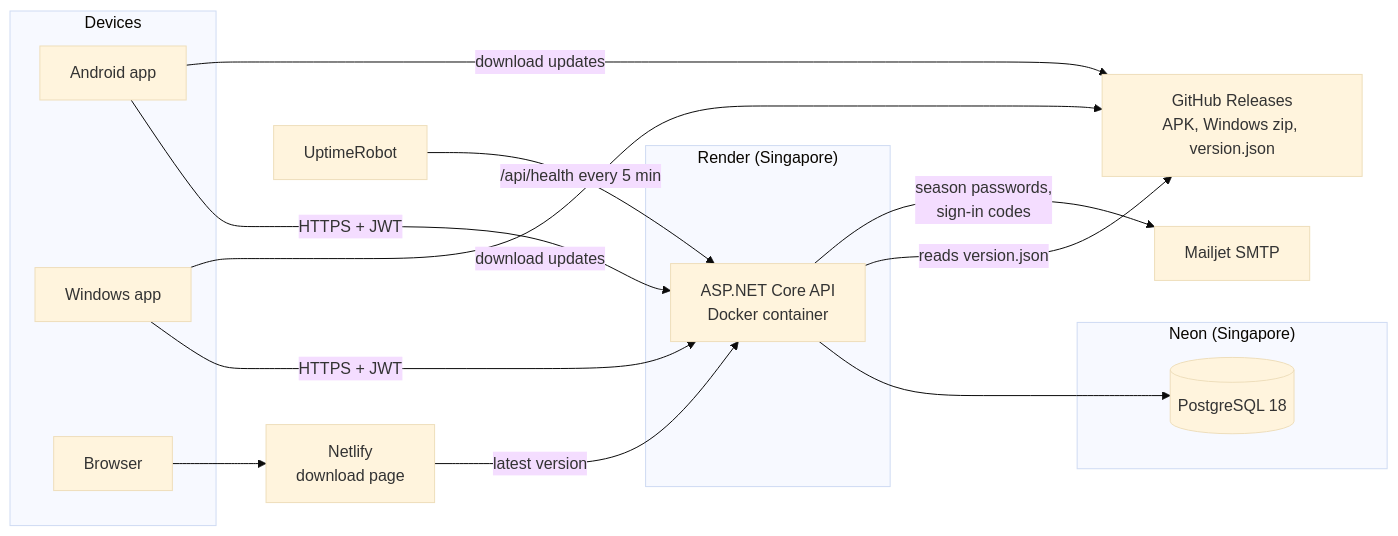
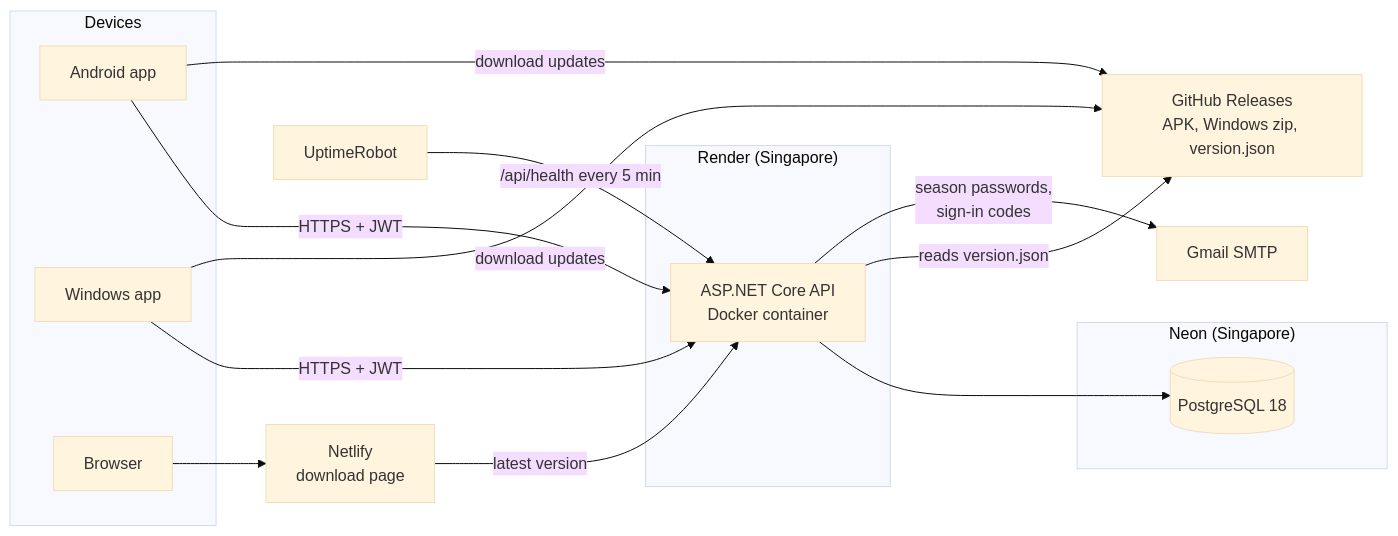
Before and after one commit to PlayerOne-bit/sti_legazpi_evoter: the diagram in DOCUMENTATION.md, drawn with Mermaid (base theme). The commit also changed other lines of this file, not shown here.

Commit message:
Document Gmail SMTP email delivery

````diff
--- a/DOCUMENTATION.md
+++ b/DOCUMENTATION.md
@@ -17,28 +17,28 @@
 ```mermaid
 flowchart LR
     subgraph Devices
         A[Android app]
         W[Windows app]
         B[Browser]
     end
     subgraph Render["Render (Singapore)"]
         API[ASP.NET Core API<br/>Docker container]
     end
     subgraph Neon["Neon (Singapore)"]
         DB[(PostgreSQL 18)]
     end
     GH[GitHub Releases<br/>APK, Windows zip, version.json]
     NL[Netlify<br/>download page]
-    MJ[Mailjet SMTP]
+    GM[Gmail SMTP]
     UR[UptimeRobot]
 
     A -- HTTPS + JWT --> API
     W -- HTTPS + JWT --> API
     B --> NL
     NL -- latest version --> API
     API --> DB
     API -- reads version.json --> GH
     A & W -- download updates --> GH
-    API -- season passwords,<br/>sign-in codes --> MJ
+    API -- season passwords,<br/>sign-in codes --> GM
     UR -- /api/health every 5 min --> API
 ```
````
